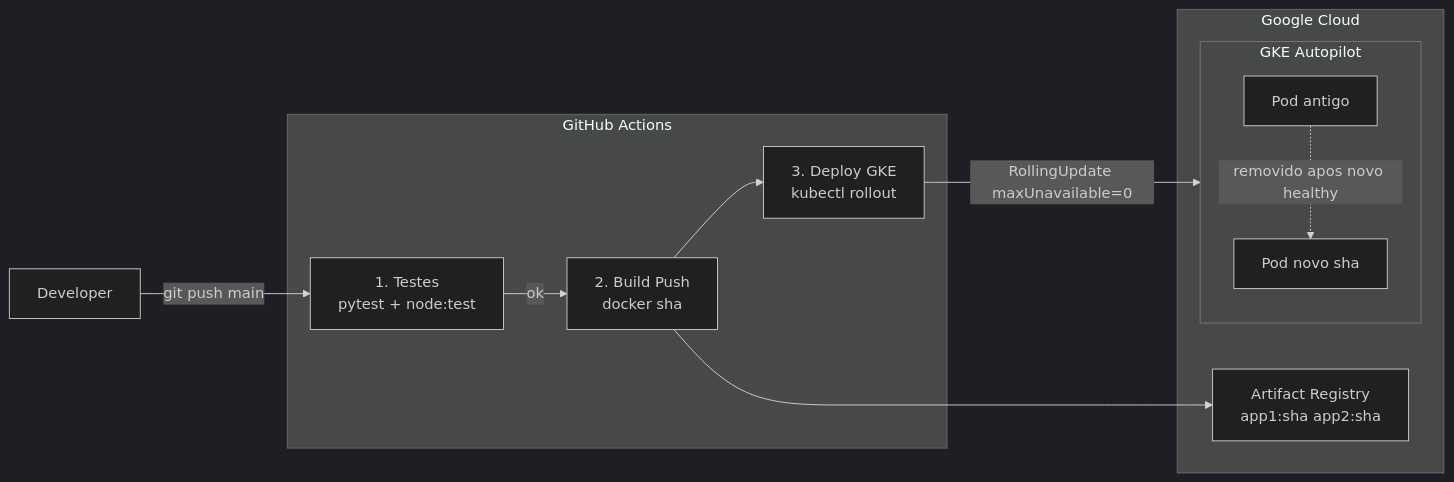
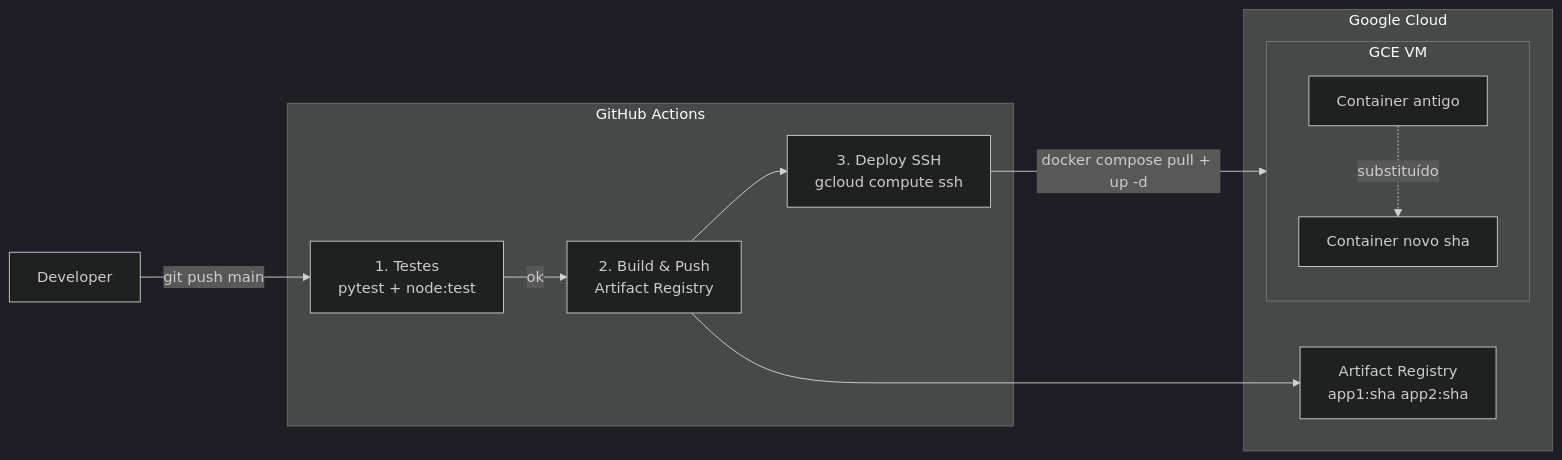
Before and after one commit to wilsongomes345/to-brasil: the third of 3 diagrams in docs/architecture.md, drawn with Mermaid (dark theme). The commit also changed other lines of this file and 9 other files, not shown here.

First line of the commit message:
feat: migrar para GCE + Docker Compose com CI/CD via SSH

````diff
--- a/docs/architecture.md
+++ b/docs/architecture.md
@@ -104,25 +90,25 @@
 ```mermaid
 flowchart LR
     DEV["Developer"]
 
     subgraph GH["GitHub Actions"]
         T["1. Testes\npytest + node:test"]
-        B["2. Build Push\ndocker sha"]
-        D["3. Deploy GKE\nkubectl rollout"]
+        B["2. Build & Push\nArtifact Registry"]
+        D["3. Deploy SSH\ngcloud compute ssh"]
     end
 
     subgraph GCP["Google Cloud"]
-        AR["Artifact Registry\napp1:sha app2:sha"]
-        subgraph GKE["GKE Autopilot"]
-            OLD["Pod antigo"]
-            NEW["Pod novo sha"]
+        AR["Artifact Registry\napp1:sha  app2:sha"]
+        subgraph VM["GCE VM"]
+            OLD["Container antigo"]
+            NEW["Container novo sha"]
         end
     end
 
     DEV -->|"git push main"| T
     T -->|"ok"| B
     B --> AR
     B --> D
-    D -->|"RollingUpdate maxUnavailable=0"| GKE
-    OLD -.->|"removido apos novo healthy"| NEW
+    D -->|"docker compose pull + up -d"| VM
+    OLD -.->|"substituído"| NEW
 ```
````
